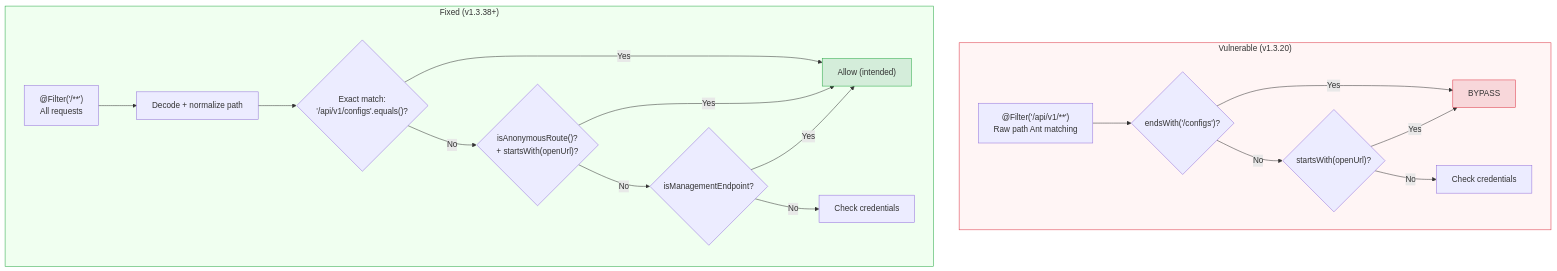
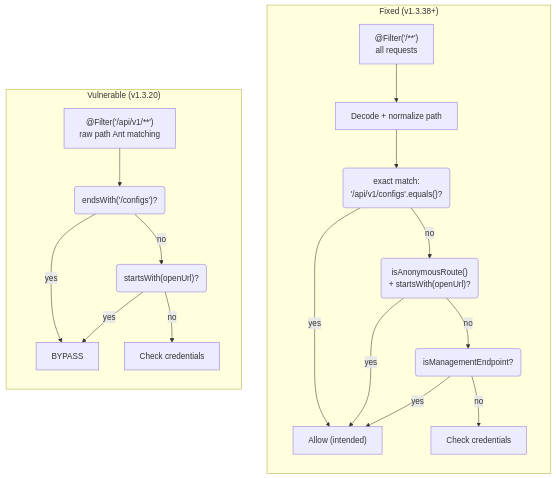
Before and after one commit to nithissh7/nithissh7.github.io: the fourth of 4 diagrams in src/content/blog/kestra-cve-2026-49869-auth-bypass-rce.md, drawn with Mermaid. The commit also changed other lines of this file and 9 other files, not shown here.

First line of the commit message:
Content pass: diagrams that fit the reading column, labelled code, cleaner structure

````diff
--- a/src/content/blog/kestra-cve-2026-49869-auth-bypass-rce.md
+++ b/src/content/blog/kestra-cve-2026-49869-auth-bypass-rce.md
@@ -545,26 +541,28 @@
 ```mermaid
-flowchart TD
+flowchart LR
     subgraph VULN["Vulnerable (v1.3.20)"]
-        V1["@Filter('/api/v1/**')\nRaw path Ant matching"] --> V2{"endsWith('/configs')?"}
-        V2 -- Yes --> V3["BYPASS"]
-        V2 -- No --> V4{"startsWith(openUrl)?"}
-        V4 -- Yes --> V3
-        V4 -- No --> V5["Check credentials"]
+        direction TB
+        V1["@Filter('/api/v1/**')<br/>raw path Ant matching"] --> V2("endsWith('/configs')?")
+        V2 -- yes --> V3["BYPASS"]
+        V2 -- no --> V4("startsWith(openUrl)?")
+        V4 -- yes --> V3
+        V4 -- no --> V5["Check credentials"]
     end
 
     subgraph FIXED["Fixed (v1.3.38+)"]
-        F1["@Filter('/**')\nAll requests"] --> F2["Decode + normalize path"]
-        F2 --> F3{"Exact match:\n'/api/v1/configs'.equals()?"}
-        F3 -- Yes --> F4["Allow (intended)"]
-        F3 -- No --> F5{"isAnonymousRoute()?\n+ startsWith(openUrl)?"}
-        F5 -- Yes --> F4
-        F5 -- No --> F6{"isManagementEndpoint?"}
-        F6 -- Yes --> F4
-        F6 -- No --> F7["Check credentials"]
+        direction TB
+        F1["@Filter('/**')<br/>all requests"] --> F2["Decode + normalize path"]
+        F2 --> F3("exact match:<br/>'/api/v1/configs'.equals()?")
+        F3 -- yes --> F4["Allow (intended)"]
+        F3 -- no --> F5("isAnonymousRoute()<br/>+ startsWith(openUrl)?")
+        F5 -- yes --> F4
+        F5 -- no --> F6("isManagementEndpoint?")
+        F6 -- yes --> F4
+        F6 -- no --> F7["Check credentials"]
     end
 
-    style V3 fill:#f8d7da,stroke:#dc3545
-    style F4 fill:#d4edda,stroke:#28a745
-    style VULN fill:#fff5f5,stroke:#dc3545
-    style FIXED fill:#f0fff0,stroke:#28a745
+    VULN ~~~ FIXED
+
+    class V3,VULN bug
+    class F4,FIXED ok
 ```
````
